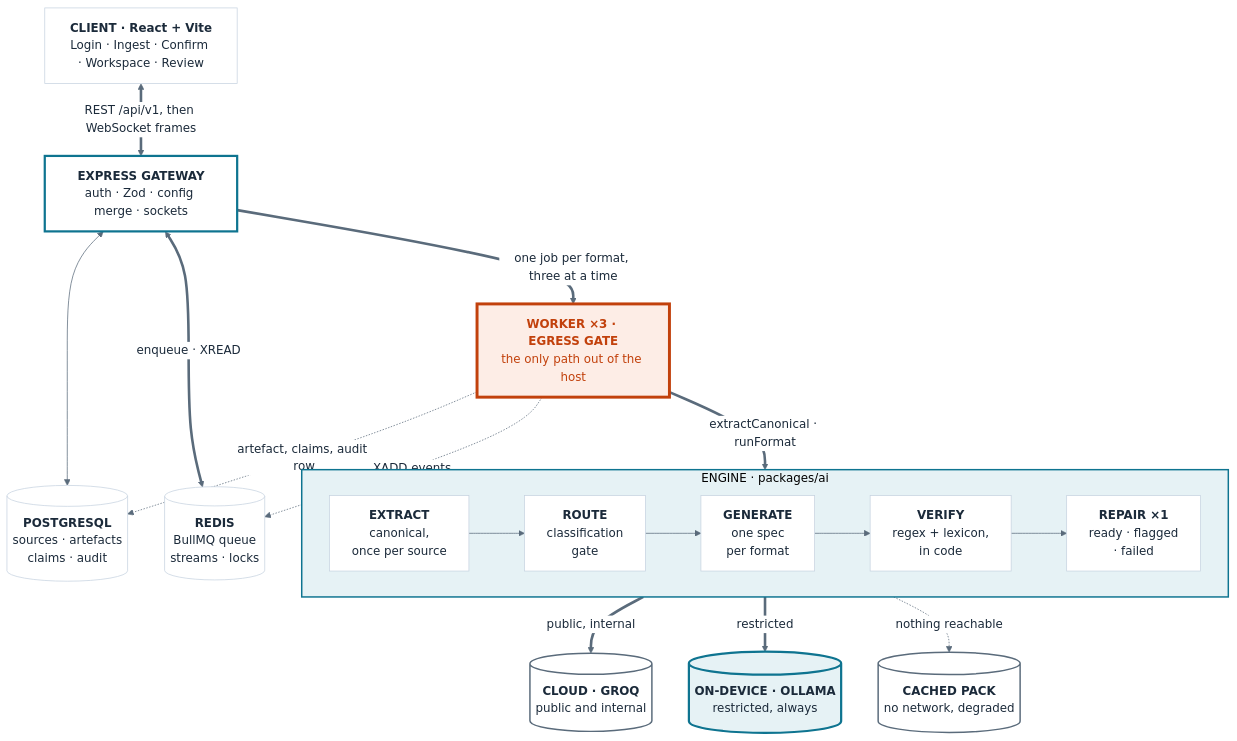
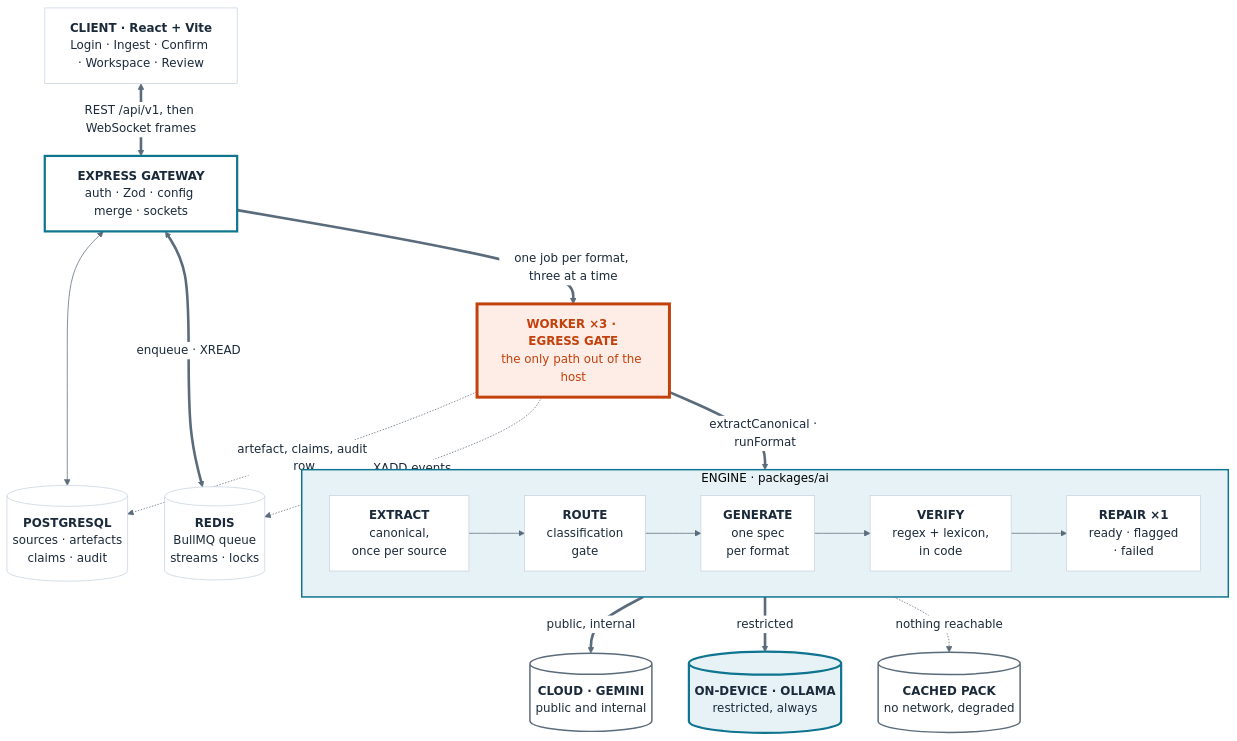
Before and after one commit to MdFareedKhan01/MetaMorphAI: the first of 3 diagrams in docs/deck/figures.md, drawn with Mermaid. The commit also changed other lines of this file and 24 other files, not shown here.

First line of the commit message:
Align engine bridge, env example and docs with the two-provider Gemini/Groq setup

````diff
--- a/docs/deck/figures.md
+++ b/docs/deck/figures.md
@@ -26,51 +26,51 @@
 ```mermaid
 %%{init: {'theme':'base','themeVariables':{
   'background':'#FFFFFF',
   'primaryColor':'#FFFFFF',
   'primaryTextColor':'#1B2A3A',
   'primaryBorderColor':'#C7D3E0',
   'lineColor':'#5A6B7B',
   'fontFamily':'IBM Plex Sans, Segoe UI, Arial, sans-serif',
   'fontSize':'16px'
 }}}%%
 flowchart TB
   WEB["<b>CLIENT · React + Vite</b><br/>Login · Ingest · Confirm · Workspace · Review"]
 
   PG[("<b>POSTGRESQL</b><br/>sources · artefacts<br/>claims · audit")]
   API["<b>EXPRESS GATEWAY</b><br/>auth · Zod · config merge · sockets"]
   RD[("<b>REDIS</b><br/>BullMQ queue<br/>streams · locks")]
 
   WK["<b>WORKER ×3 · EGRESS GATE</b><br/>the only path out of the host"]
 
   subgraph ENG["ENGINE · packages/ai"]
     direction LR
     E1["<b>EXTRACT</b><br/>canonical,<br/>once per source"]
     E2["<b>ROUTE</b><br/>classification<br/>gate"]
     E3["<b>GENERATE</b><br/>one spec<br/>per format"]
     E4["<b>VERIFY</b><br/>regex + lexicon,<br/>in code"]
     E5["<b>REPAIR ×1</b><br/>ready · flagged<br/>· failed"]
     E1 --> E2 --> E3 --> E4 --> E5
   end
 
-  CLOUD[("<b>CLOUD · GROQ</b><br/>public and internal")]
+  CLOUD[("<b>CLOUD · GEMINI</b><br/>public and internal")]
   LOCAL[("<b>ON-DEVICE · OLLAMA</b><br/>restricted, always")]
   CACHE[("<b>CACHED PACK</b><br/>no network, degraded")]
 
   WEB <== "REST /api/v1, then WebSocket frames" ==> API
   API <--> PG
   API <== "enqueue · XREAD" ==> RD
   API == "one job per format, three at a time" ==> WK
   WK == "extractCanonical · runFormat" ==> E1
   WK -. "artefact, claims, audit row" .-> PG
   WK -. "XADD events" .-> RD
   E2 == "public, internal" ==> CLOUD
   E2 == "restricted" ==> LOCAL
   E2 -. "nothing reachable" .-> CACHE
 
   style WK fill:#FDEDE6,stroke:#C2410C,stroke-width:4px,color:#C2410C
   style API fill:#FFFFFF,stroke:#0E7490,stroke-width:3px
   style ENG fill:#E6F2F5,stroke:#0E7490,stroke-width:2px
   style LOCAL fill:#E6F2F5,stroke:#0E7490,stroke-width:3px
   style CLOUD fill:#FFFFFF,stroke:#5A6B7B,stroke-width:2px
   style CACHE fill:#FFFFFF,stroke:#5A6B7B,stroke-width:2px
 ```
````
